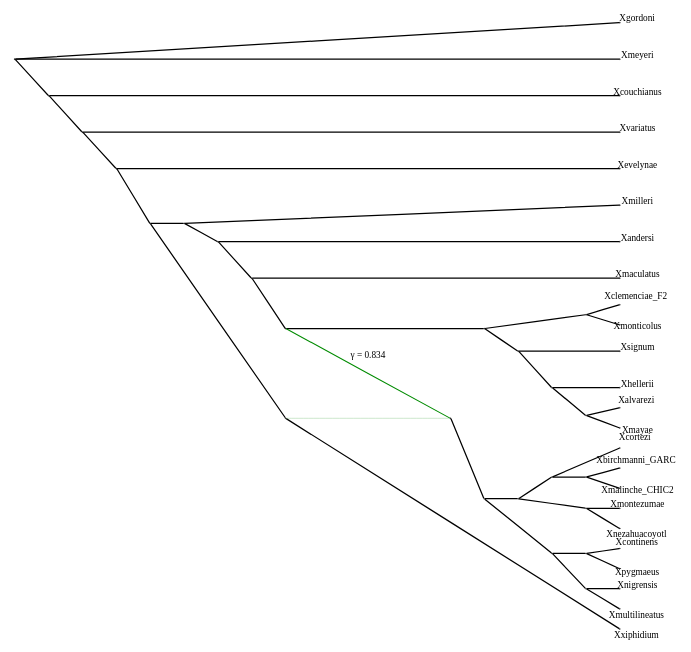
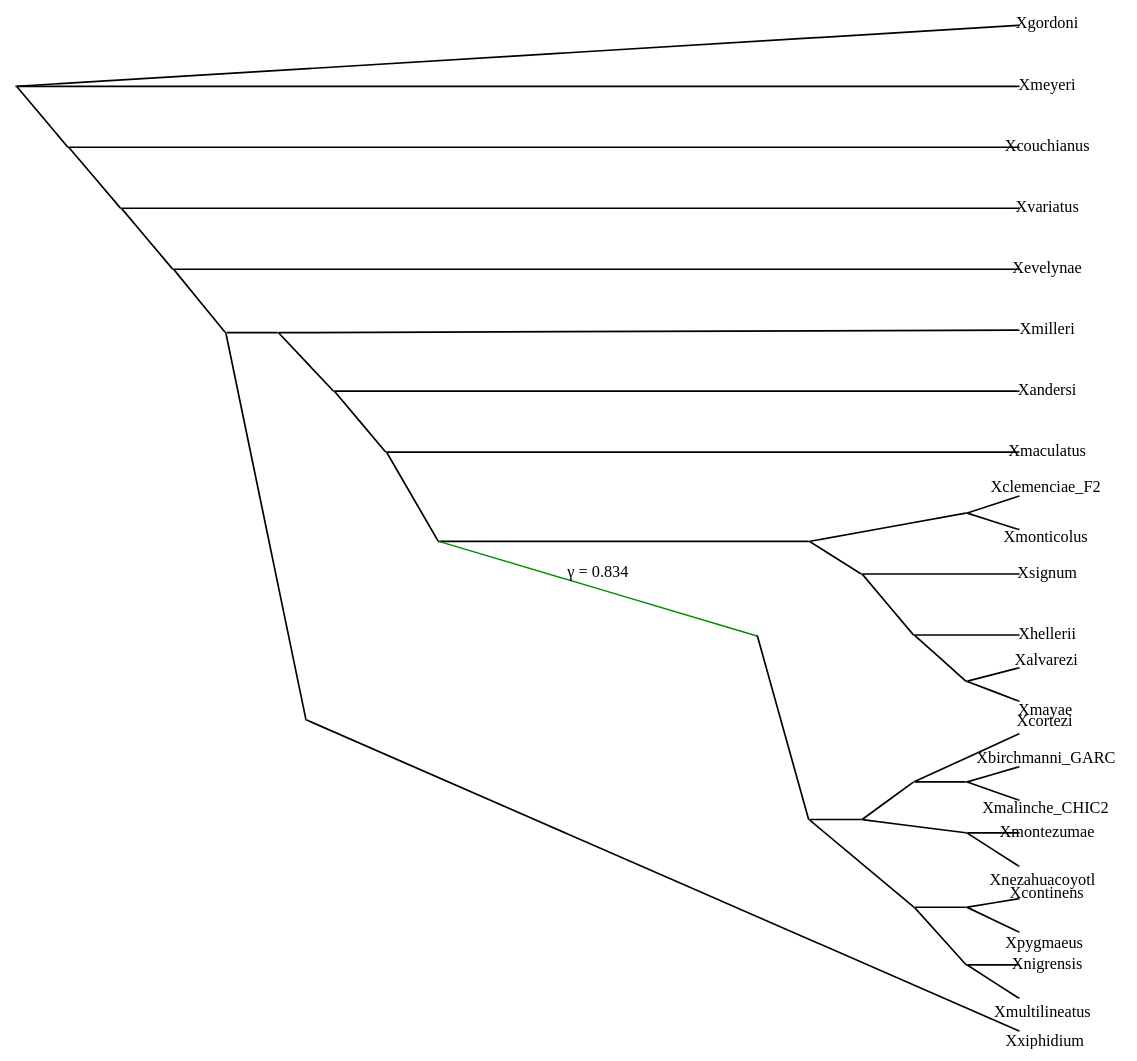
Before and after one commit to JuliaPhylo/PhyloNetworks.jl: the diagram in visualization/drawCF.dot, drawn with Graphviz. The commit also changed 8 other files, not shown here.

```diff
--- a/visualization/drawCF.dot
+++ b/visualization/drawCF.dot
@@ -2,10 +2,10 @@
      rankdir=LR; 
     labelloc=b 
     ratio="fill"; 
-    size="6 ,8 !"; 
-    nodesep=0.8; 
-    splines=line; 
-    edge [fontsize=30.0]; 
+    size="10 ,10 !"; 
+    nodesep=1.0; 
+    splines=false; 
+    edge [fontsize=39.0]; 
     node [shape = point] 
     rank=max -1 
   subgraph    { 1 , 2 , 3 , 4 , 5 , 6 , 7 , 8 , 9 , 10 , 11 , 12 , 13 , 14 , 15 , 16 , 17 , 18 , 19 , 20 , 21 , 22 , 24 , 25 } 
@@ -36,34 +36,34 @@
  
      -1 -- 1
                                   [headlabel=Xgordoni]
-                                  [labeldistance=6.0]
-                                  [labelangle=190.0]
+                                  [labeldistance=7.0]
+                                  [labelangle=180]
                                   [penwidth=4]; 
      -1 -- 2
                                   [headlabel=Xmeyeri]
-                                  [labeldistance=6.0]
-                                  [labelangle=190.0]
+                                  [labeldistance=7.0]
+                                  [labelangle=180]
                                   [penwidth=4]; 
      -1 -- -2
                                   [penwidth=4]; 
      -2 -- 3
                                   [headlabel=Xcouchianus]
-                                  [labeldistance=6.0]
-                                  [labelangle=190.0]
+                                  [labeldistance=7.0]
+                                  [labelangle=180]
                                   [penwidth=4]; 
      -2 -- -3
                                   [penwidth=4]; 
      -3 -- 4
                                   [headlabel=Xvariatus]
-                                  [labeldistance=6.0]
-                                  [labelangle=190.0]
+                                  [labeldistance=7.0]
+                                  [labelangle=180]
                                   [penwidth=4]; 
      -3 -- -4
                                   [penwidth=4]; 
      -4 -- 5
                                   [headlabel=Xevelynae]
-                                  [labeldistance=6.0]
-                                  [labelangle=190.0]
+                                  [labeldistance=7.0]
+                                  [labelangle=180]
                                   [penwidth=4]; 
      -4 -- -5
                                   [penwidth=4]; 
@@ -73,15 +73,15 @@
                                   [penwidth=4]; 
      -7 -- 6
                                   [headlabel=Xandersi]
-                                  [labeldistance=6.0]
-                                  [labelangle=190.0]
+                                  [labeldistance=7.0]
+                                  [labelangle=180]
                                   [penwidth=4]; 
      -7 -- -8
                                   [penwidth=4]; 
      -8 -- 7
                                   [headlabel=Xmaculatus]
-                                  [labeldistance=6.0]
-                                  [labelangle=190.0]
+                                  [labeldistance=7.0]
+                                  [labelangle=180]
                                   [penwidth=4]; 
      -8 -- -9
                                   [penwidth=4]; 
@@ -91,13 +91,13 @@
                                   [penwidth=4]; 
      -11 -- 8
                                   [headlabel=Xclemenciae_F2]
-                                  [labeldistance=6.0]
-                                  [labelangle=190.0]
+                                  [labeldistance=7.0]
+                                  [labelangle=180]
                                   [penwidth=4]; 
      -11 -- 9
                                   [headlabel=Xmonticolus]
-                                  [labeldistance=6.0]
-                                  [labelangle=190.0]
+                                  [labeldistance=7.0]
+                                  [labelangle=180]
                                   [penwidth=4]; 
      -10 -- -12
                                   [penwidth=4]; 
@@ -105,25 +105,25 @@
                                   [penwidth=4]; 
      -13 -- 10
                                   [headlabel=Xhellerii]
-                                  [labeldistance=6.0]
-                                  [labelangle=190.0]
+                                  [labeldistance=7.0]
+                                  [labelangle=180]
                                   [penwidth=4]; 
      -13 -- -14
                                   [penwidth=4]; 
      -14 -- 11
                                   [headlabel=Xalvarezi]
-                                  [labeldistance=6.0]
-                                  [labelangle=190.0]
+                                  [labeldistance=7.0]
+                                  [labelangle=180]
                                   [penwidth=4]; 
      -14 -- 12
                                   [headlabel=Xmayae]
-                                  [labeldistance=6.0]
-                                  [labelangle=190.0]
+                                  [labeldistance=7.0]
+                                  [labelangle=180]
                                   [penwidth=4]; 
      -12 -- 13
                                   [headlabel=Xsignum]
-                                  [labeldistance=6.0]
-                                  [labelangle=190.0]
+                                  [labeldistance=7.0]
+                                  [labelangle=180]
                                   [penwidth=4]; 
    -9 -- 23
                                   [color=green4]
@@ -141,30 +141,30 @@
                                   [penwidth=4]; 
      -19 -- 14
                                   [headlabel=Xbirchmanni_GARC]
-                                  [labeldistance=6.0]
-                                  [labelangle=190.0]
+                                  [labeldistance=7.0]
+                                  [labelangle=180]
                                   [penwidth=4]; 
      -19 -- 15
                                   [headlabel=Xmalinche_CHIC2]
-                                  [labeldistance=6.0]
-                                  [labelangle=190.0]
+                                  [labeldistance=7.0]
+                                  [labelangle=180]
                                   [penwidth=4]; 
      -18 -- 16
                                   [headlabel=Xcortezi]
-                                  [labeldistance=6.0]
-                                  [labelangle=190.0]
+                                  [labeldistance=7.0]
+                                  [labelangle=180]
                                   [penwidth=4]; 
      -17 -- -20
                                   [penwidth=4]; 
      -20 -- 17
                                   [headlabel=Xmontezumae]
-                                  [labeldistance=6.0]
-                                  [labelangle=190.0]
+                                  [labeldistance=7.0]
+                                  [labelangle=180]
                                   [penwidth=4]; 
      -20 -- 18
                                   [headlabel=Xnezahuacoyotl]
-                                  [labeldistance=6.0]
-                                  [labelangle=190.0]
+                                  [labeldistance=7.0]
+                                  [labelangle=180]
                                   [penwidth=4]; 
      -16 -- -21
                                   [penwidth=4]; 
@@ -172,39 +172,36 @@
                                   [penwidth=4]; 
      -22 -- 19
                                   [headlabel=Xcontinens]
-                                  [labeldistance=6.0]
-                                  [labelangle=190.0]
+                                  [labeldistance=7.0]
+                                  [labelangle=180]
                                   [penwidth=4]; 
      -22 -- 20
                                   [headlabel=Xpygmaeus]
-                                  [labeldistance=6.0]
-                                  [labelangle=190.0]
+                                  [labeldistance=7.0]
+                                  [labelangle=180]
                                   [penwidth=4]; 
      -21 -- -23
                                   [penwidth=4]; 
      -23 -- 21
                                   [headlabel=Xnigrensis]
-                                  [labeldistance=6.0]
-                                  [labelangle=190.0]
+                                  [labeldistance=7.0]
+                                  [labelangle=180]
                                   [penwidth=4]; 
      -23 -- 22
                                   [headlabel=Xmultilineatus]
-                                  [labeldistance=6.0]
-                                  [labelangle=190.0]
+                                  [labeldistance=7.0]
+                                  [labelangle=180]
                                   [penwidth=4]; 
      -6 -- 24
                                   [headlabel=Xmilleri]
-                                  [labeldistance=6.0]
-                                  [labelangle=190.0]
+                                  [labeldistance=7.0]
+                                  [labelangle=180]
                                   [penwidth=4]; 
      -5 -- -24
                                   [penwidth=4]; 
      -24 -- 25
                                   [headlabel=Xxiphidium]
-                                  [labeldistance=6.0]
-                                  [labelangle=190.0]
+                                  [labeldistance=7.0]
+                                  [labelangle=180]
                                   [penwidth=4]; 
-   -24 -- 23
-                                  [color=green4]
-                                  [penwidth=0.664]; 
 }
```
